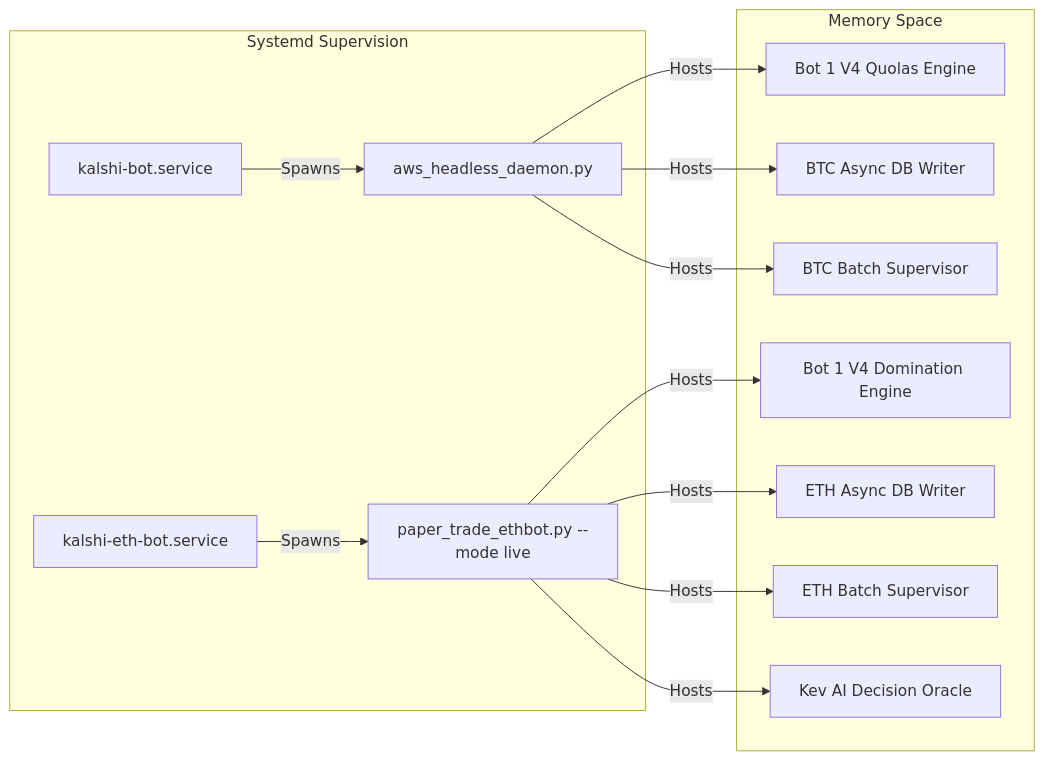
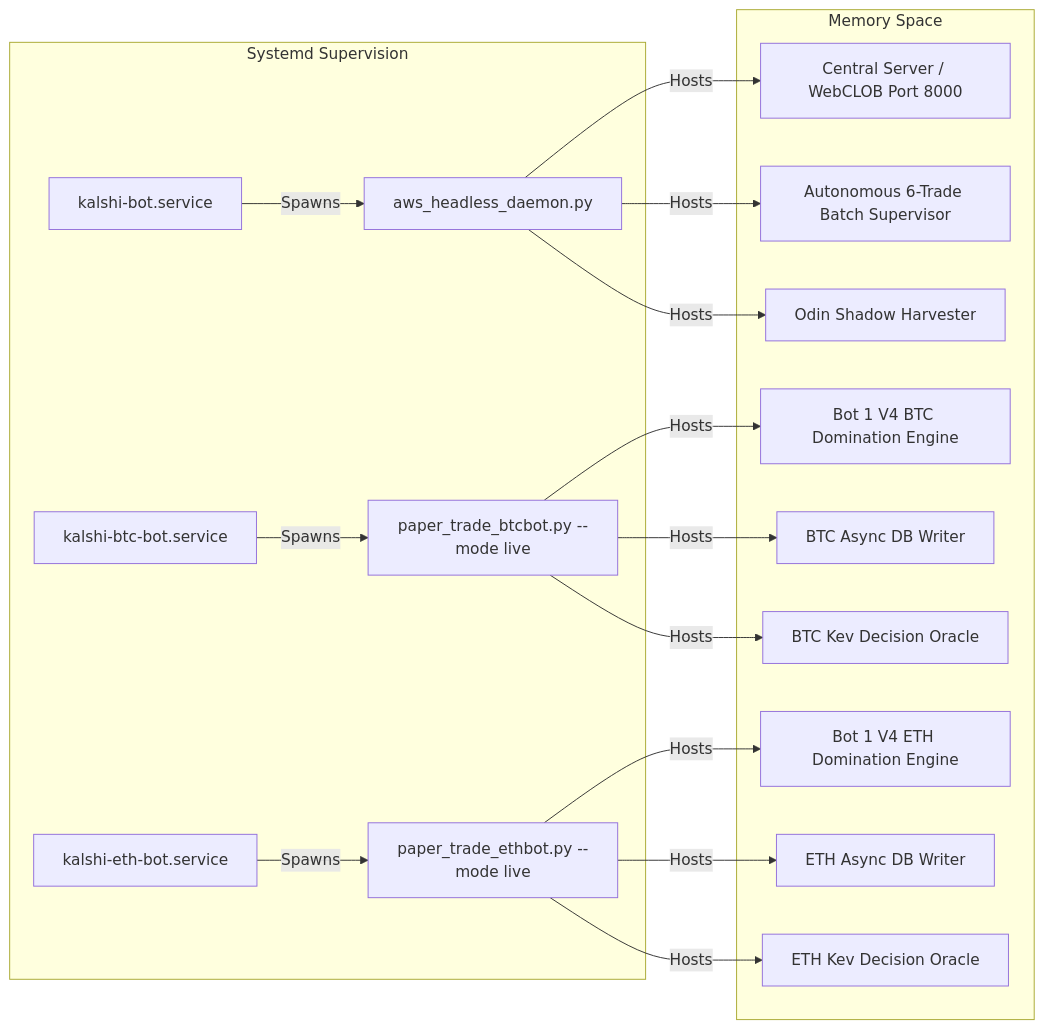
The diagram in docs/06_OPERATIONS/SERVICE_REGISTRY.md (BinqQarenYu/Kalshi-Simulator), drawn with Mermaid before and after one commit. The commit also changed other lines of this file and 3 other files, not shown here.

````diff
--- a/docs/06_OPERATIONS/SERVICE_REGISTRY.md
+++ b/docs/06_OPERATIONS/SERVICE_REGISTRY.md
@@ -11,18 +11,22 @@
 ```mermaid
 flowchart LR
     subgraph Systemd Supervision
         S1[kalshi-bot.service] -->|Spawns| P1[aws_headless_daemon.py]
-        S2[kalshi-eth-bot.service] -->|Spawns| P2[paper_trade_ethbot.py --mode live]
+        S2[kalshi-btc-bot.service] -->|Spawns| P2[paper_trade_btcbot.py --mode live]
+        S3[kalshi-eth-bot.service] -->|Spawns| P3[paper_trade_ethbot.py --mode live]
     end
 
     subgraph Memory Space
-        P1 -->|Hosts| BTC_ENG[Bot 1 V4 Quolas Engine]
-        P1 -->|Hosts| BTC_DBW[BTC Async DB Writer]
-        P1 -->|Hosts| BTC_SUP[BTC Batch Supervisor]
+        P1 -->|Hosts| MON_ENG[Central Server / WebCLOB Port 8000]
+        P1 -->|Hosts| BTC_SUP[Autonomous 6-Trade Batch Supervisor]
+        P1 -->|Hosts| ODIN[Odin Shadow Harvester]
 
-        P2 -->|Hosts| ETH_ENG[Bot 1 V4 Domination Engine]
-        P2 -->|Hosts| ETH_DBW[ETH Async DB Writer]
-        P2 -->|Hosts| ETH_SUP[ETH Batch Supervisor]
-        P2 -->|Hosts| KEV_ORC[Kev AI Decision Oracle]
+        P2 -->|Hosts| BTC_ENG[Bot 1 V4 BTC Domination Engine]
+        P2 -->|Hosts| BTC_DBW[BTC Async DB Writer]
+        P2 -->|Hosts| BTC_KEV[BTC Kev Decision Oracle]
+
+        P3 -->|Hosts| ETH_ENG[Bot 1 V4 ETH Domination Engine]
+        P3 -->|Hosts| ETH_DBW[ETH Async DB Writer]
+        P3 -->|Hosts| ETH_KEV[ETH Kev Decision Oracle]
     end
 ```
````
